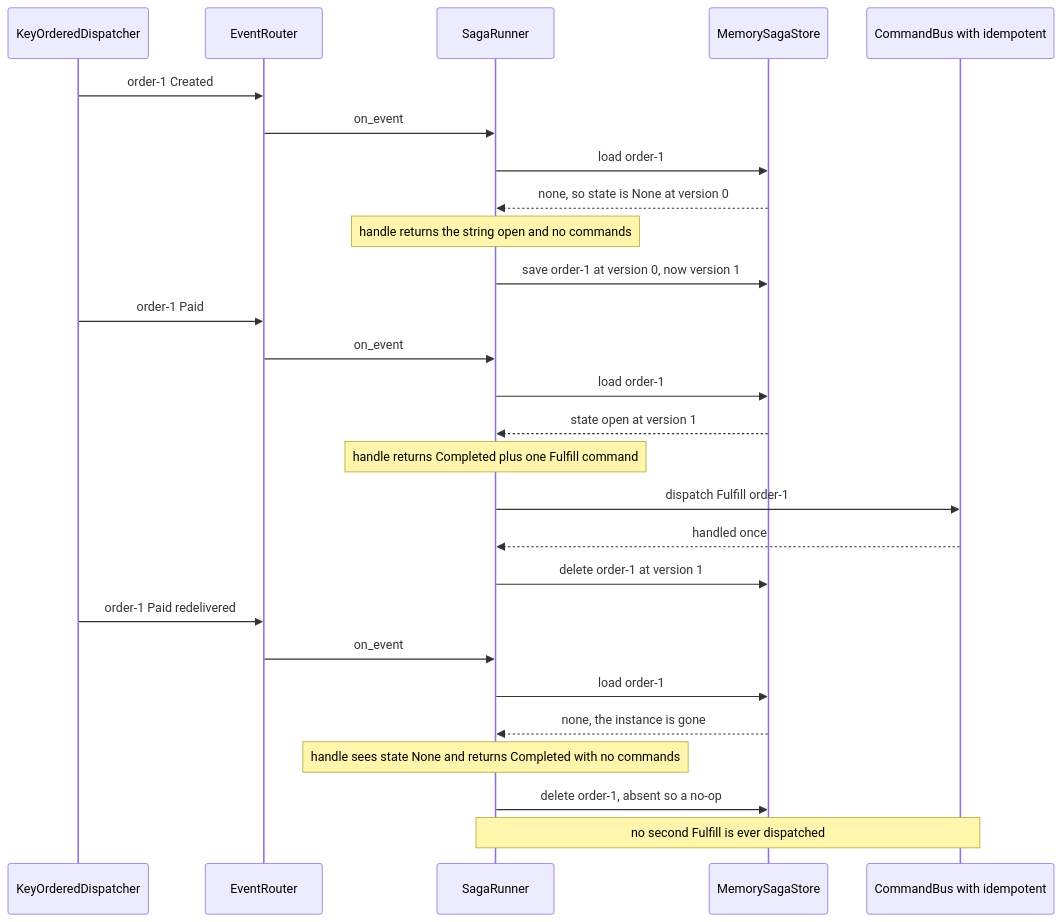
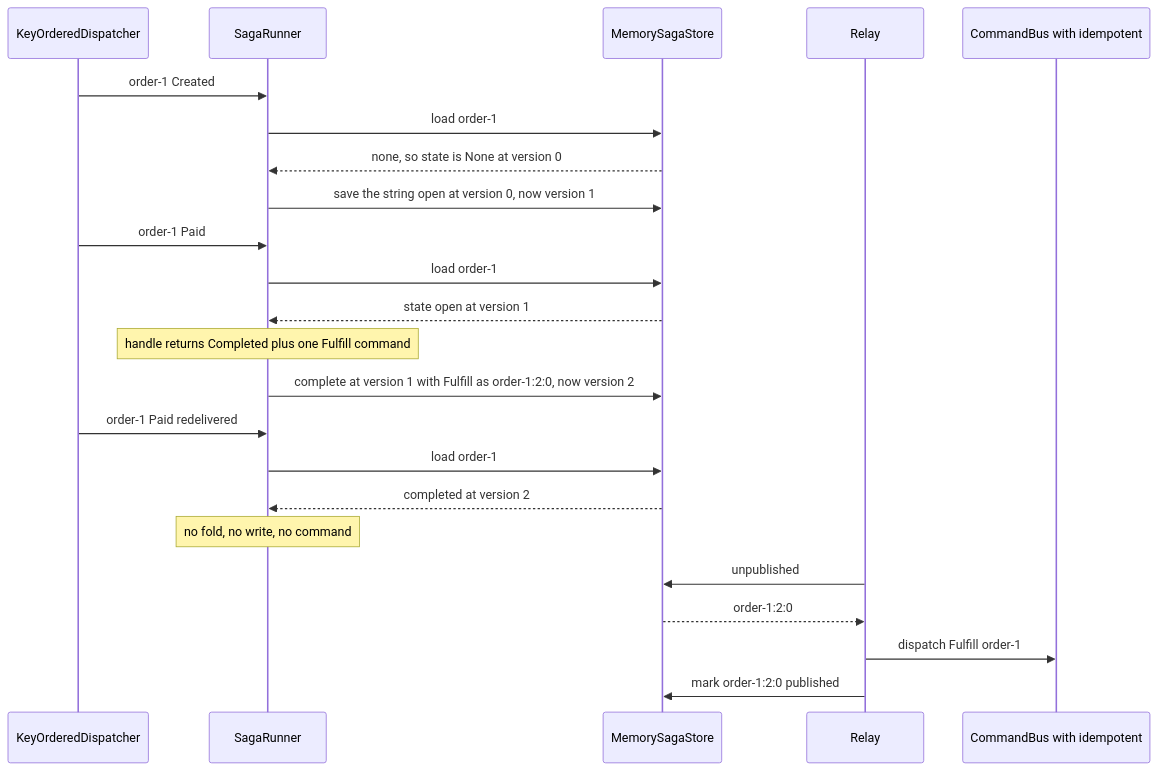
The third of 3 diagrams in docs/sdk/sagas.md (haskian/edax), drawn with Mermaid before and after one commit. The commit also changed other lines of this file and 234 other files, not shown here.

````diff
--- a/docs/sdk/sagas.md
+++ b/docs/sdk/sagas.md
@@ -193,29 +201,25 @@
 ```mermaid
 sequenceDiagram
     participant D as KeyOrderedDispatcher
-    participant R as EventRouter
     participant RU as SagaRunner
     participant ST as MemorySagaStore
+    participant RL as Relay
     participant CB as CommandBus with idempotent
-    D->>R: order-1 Created
-    R->>RU: on_event
+    D->>RU: order-1 Created
     RU->>ST: load order-1
     ST-->>RU: none, so state is None at version 0
-    Note over RU: handle returns the string open and no commands
-    RU->>ST: save order-1 at version 0, now version 1
-    D->>R: order-1 Paid
-    R->>RU: on_event
+    RU->>ST: save the string open at version 0, now version 1
+    D->>RU: order-1 Paid
     RU->>ST: load order-1
     ST-->>RU: state open at version 1
     Note over RU: handle returns Completed plus one Fulfill command
-    RU->>CB: dispatch Fulfill order-1
-    CB-->>RU: handled once
-    RU->>ST: delete order-1 at version 1
-    D->>R: order-1 Paid redelivered
-    R->>RU: on_event
+    RU->>ST: complete at version 1 with Fulfill as order-1:2:0, now version 2
+    D->>RU: order-1 Paid redelivered
     RU->>ST: load order-1
-    ST-->>RU: none, the instance is gone
-    Note over RU: handle sees state None and returns Completed with no commands
-    RU->>ST: delete order-1, absent so a no-op
-    Note over RU,CB: no second Fulfill is ever dispatched
+    ST-->>RU: completed at version 2
+    Note over RU: no fold, no write, no command
+    RL->>ST: unpublished
+    ST-->>RL: order-1:2:0
+    RL->>CB: dispatch Fulfill order-1
+    RL->>ST: mark order-1:2:0 published
 ```
````
